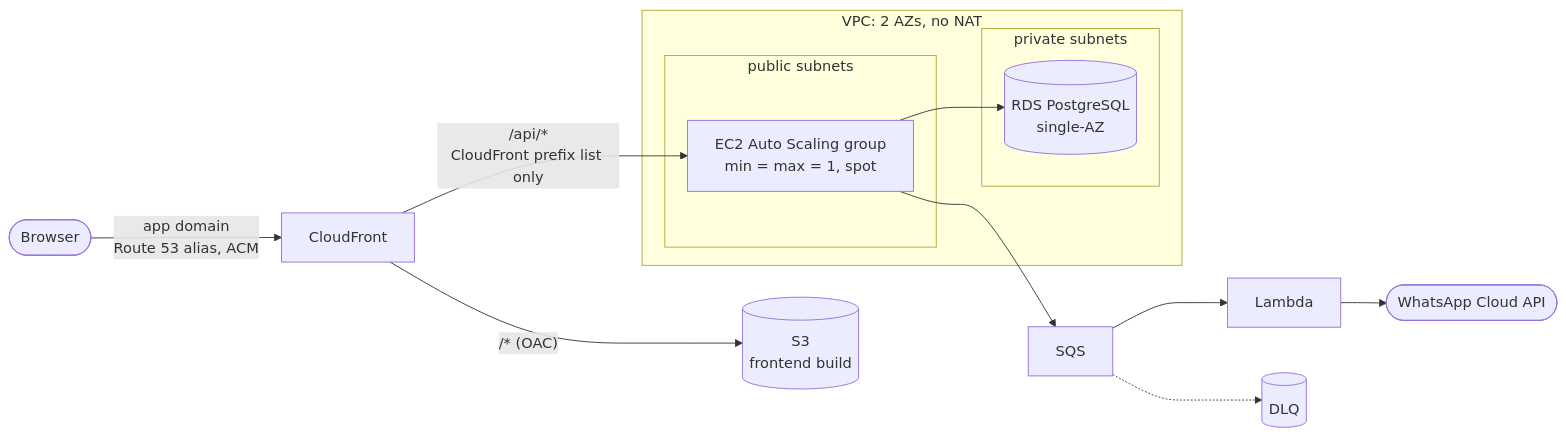
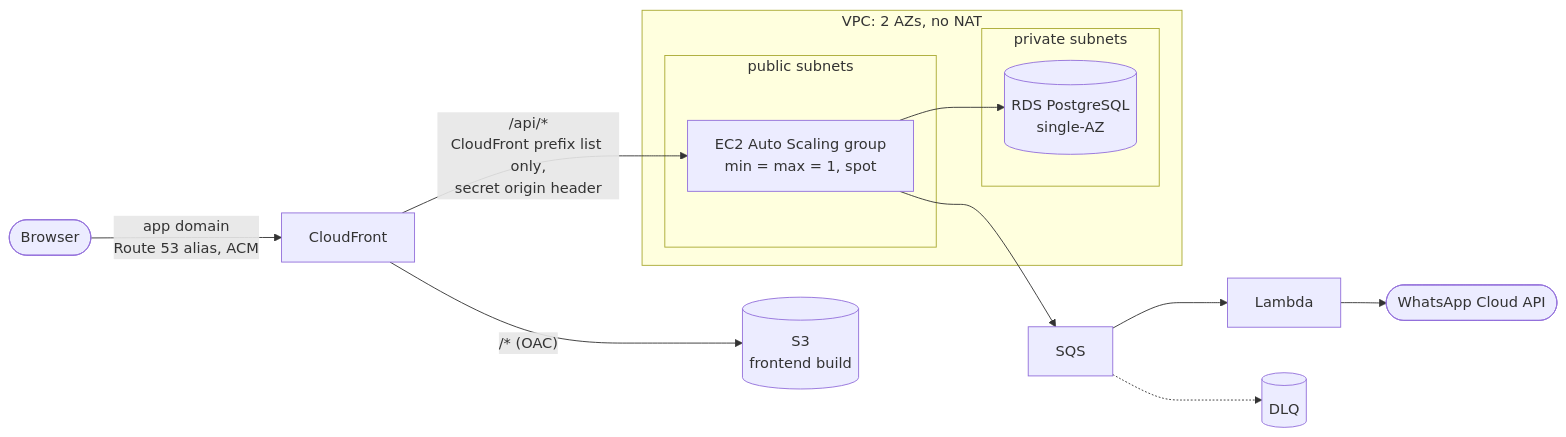
The first of 2 diagrams in docs/infra-plan.md (landoicco/itacatl), drawn with Mermaid before and after one commit. The commit also changed other lines of this file and 5 other files, not shown here.

````diff
--- a/docs/infra-plan.md
+++ b/docs/infra-plan.md
@@ -15,17 +15,17 @@
 ```mermaid
 flowchart LR
     user([Browser]) -->|"app domain<br/>Route 53 alias, ACM"| cf[CloudFront]
     cf -->|"/* (OAC)"| s3[("S3<br/>frontend build")]
-    cf -->|"/api/*<br/>CloudFront prefix list only"| ec2
+    cf -->|"/api/*<br/>CloudFront prefix list only,<br/>secret origin header"| ec2
     subgraph vpc ["VPC: 2 AZs, no NAT"]
         subgraph public [public subnets]
             ec2["EC2 Auto Scaling group<br/>min = max = 1, spot"]
         end
         subgraph private [private subnets]
             rds[("RDS PostgreSQL<br/>single-AZ")]
         end
         ec2 --> rds
     end
     ec2 --> sqs[SQS] --> lambda[Lambda] --> wa([WhatsApp Cloud API])
     sqs -.-> dlq[(DLQ)]
 ```
````
